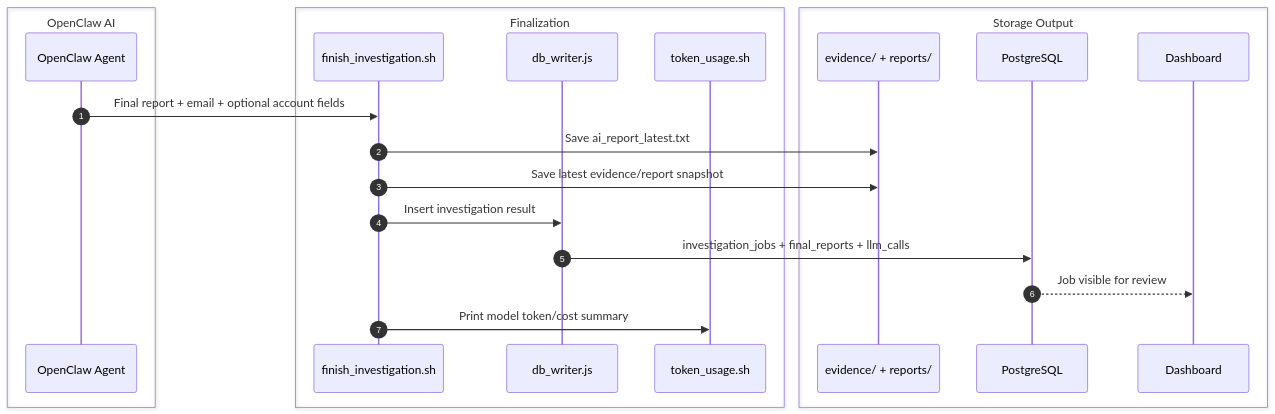
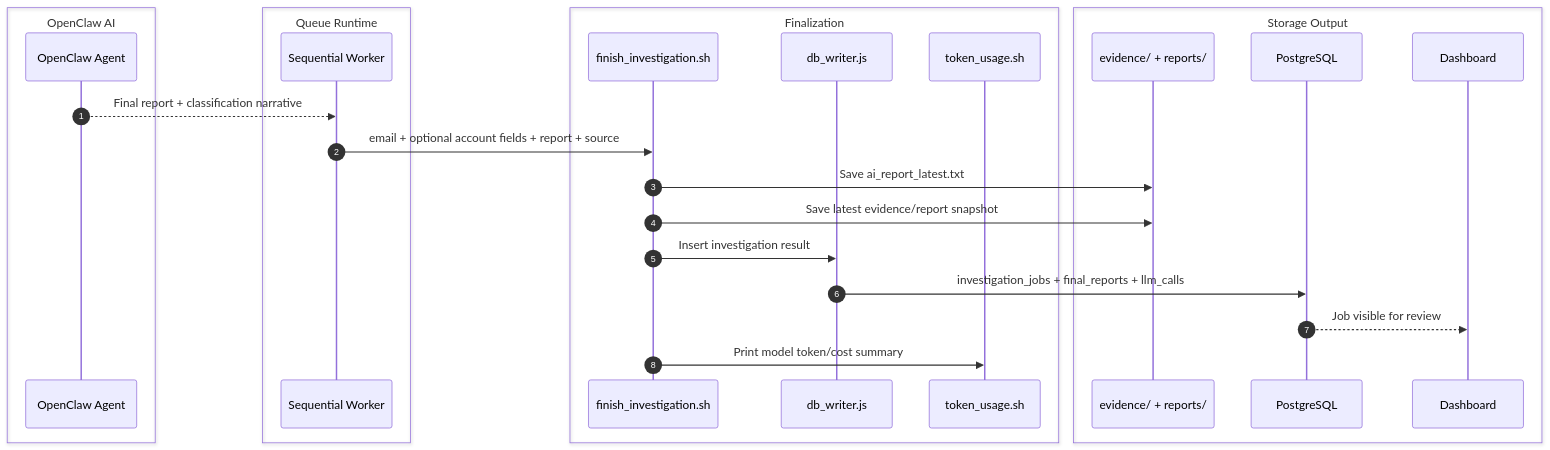
Before and after one commit to nunutech40/company-detector-bot: the sixth of 8 diagrams in docs/technical/FLOW_MAP.md, drawn with Mermaid. The commit also changed other lines of this file and 7 other files, not shown here.

Commit message:
Run webhook queue through OpenClaw agent

````diff
--- a/docs/technical/FLOW_MAP.md
+++ b/docs/technical/FLOW_MAP.md
@@ -374,27 +375,32 @@
 ```mermaid
 sequenceDiagram
   autonumber
   box OpenClaw AI
     participant Agent as OpenClaw Agent
+  end
+
+  box Queue Runtime
+    participant Worker as Sequential Worker
   end
 
   box Finalization
     participant Finalizer as finish_investigation.sh
     participant Writer as db_writer.js
     participant Token as token_usage.sh
   end
 
   box Storage Output
     participant Files as evidence/ + reports/
     participant DB as PostgreSQL
     participant Dashboard as Dashboard
   end
 
-  Agent->>Finalizer: Final report + email + optional account fields
+  Agent-->>Worker: Final report + classification narrative
+  Worker->>Finalizer: email + optional account fields + report + source
   Finalizer->>Files: Save ai_report_latest.txt
   Finalizer->>Files: Save latest evidence/report snapshot
   Finalizer->>Writer: Insert investigation result
   Writer->>DB: investigation_jobs + final_reports + llm_calls
   DB-->>Dashboard: Job visible for review
   Finalizer->>Token: Print model token/cost summary
 ```
````
